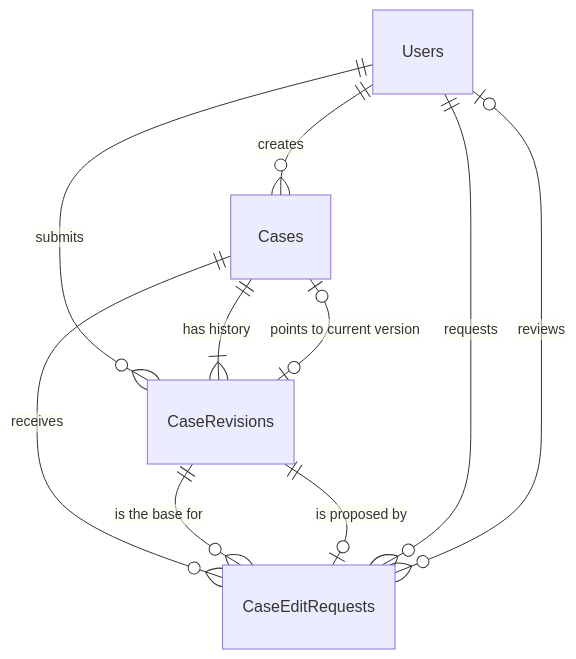
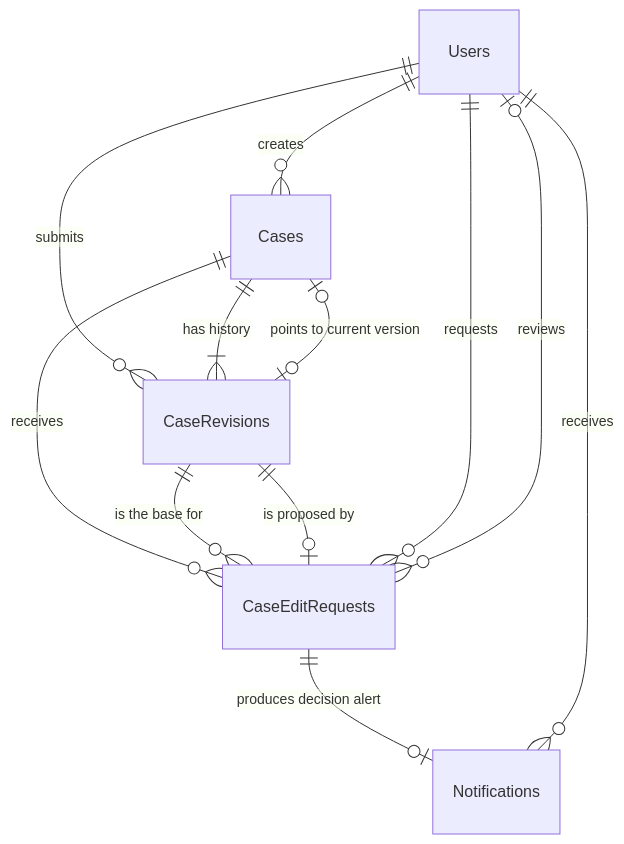
One commit to hazhl/ERP-Knowledge-Base changed the second of 3 diagrams in docs/Database-Design.md. Above: the diagram before and after it, drawn with Mermaid. The commit also changed other lines of this file and 2 other files, not shown here.

Commit message:
added a new case and edited all documents

````diff
--- a/docs/Database-Design.md
+++ b/docs/Database-Design.md
@@ -31,12 +31,14 @@
 ```mermaid
 erDiagram
     Users ||--o{ Cases : "creates"
     Users ||--o{ CaseRevisions : "submits"
     Cases ||--|{ CaseRevisions : "has history"
     Cases o|--o| CaseRevisions : "points to current version"
     Cases ||--o{ CaseEditRequests : "receives"
     CaseRevisions ||--o{ CaseEditRequests : "is the base for"
     CaseRevisions ||--o| CaseEditRequests : "is proposed by"
     Users ||--o{ CaseEditRequests : "requests"
     Users o|--o{ CaseEditRequests : "reviews"
+    CaseEditRequests ||--o| Notifications : "produces decision alert"
+    Users ||--o{ Notifications : "receives"
 ```
````
